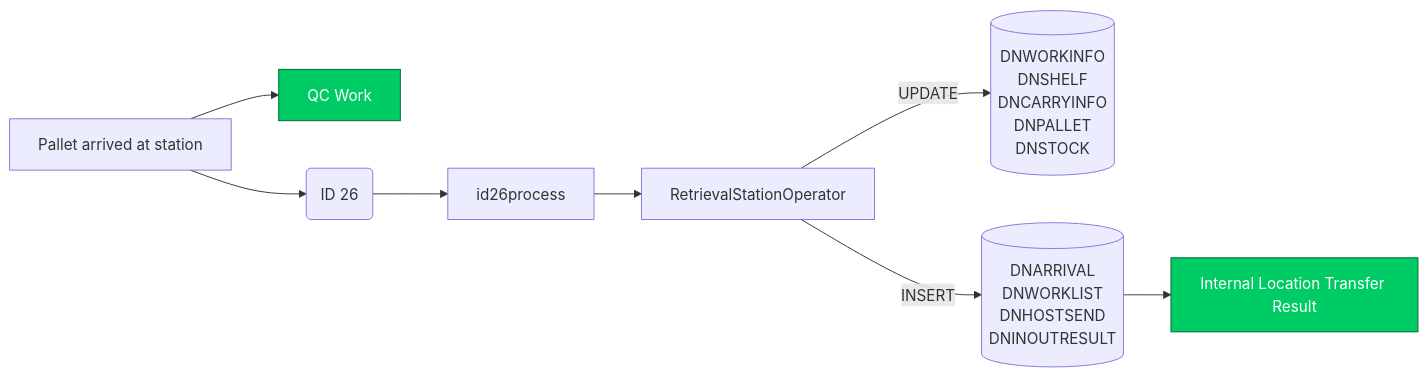
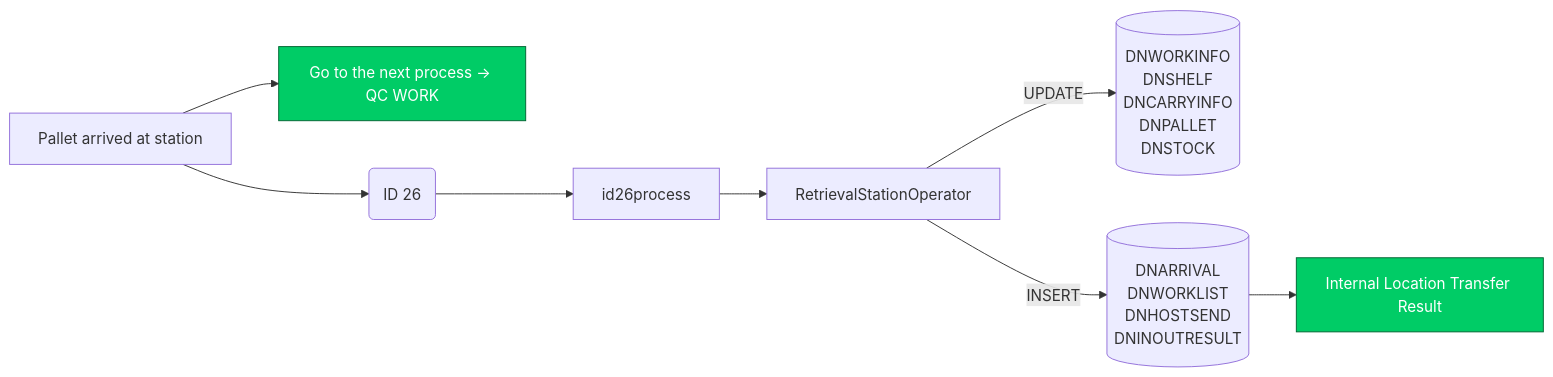
Diagram 17 of 17 in Basic-Design/DFD-WMS/Retrieval/QC-Setting/Retrieval-for-QC-Start.md (luthfiadityaa/SimeDarby-Wiki), drawn with Mermaid before and after one commit.

Commit message:
Updated Retrieval for QC Start

```diff
--- a/Basic-Design/DFD-WMS/Retrieval/QC-Setting/Retrieval-for-QC-Start.md
+++ b/Basic-Design/DFD-WMS/Retrieval/QC-Setting/Retrieval-for-QC-Start.md
@@ -678,51 +678,51 @@
 ::: mermaid
 flowchart LR
 
 buttonclicked["
 Pallet arrived at station
 "]
 
 buttonclicked2["
 Internal Location Transfer Result 
 "]
 
 buttonclicked3["
-QC Work 
+Go to the next process -> QC WORK 
 "]
 
 id26msg("
 ID 26
 ")
 
 id26-update[("
 DNWORKINFO
 DNSHELF
 DNCARRYINFO
 DNPALLET
 DNSTOCK
 ")]
 
 id26-insert[("
 DNARRIVAL
 DNWORKLIST
 DNHOSTSEND
 DNINOUTRESULT
 ")]
 
 id26process[id26process]
 retrievaloperator[RetrievalStationOperator]
 
 buttonclicked-->buttonclicked3
 buttonclicked --> id26msg
 id26msg -->id26process
 id26process-->retrievaloperator
 
 retrievaloperator--> |INSERT| id26-insert
 retrievaloperator--> |UPDATE| id26-update
 id26-insert-->buttonclicked2 
 
 click buttonclicked2 "https://dev.azure.com/Daifuku-SW/ID_SimeDarbyPlantation/_wiki/wikis/ID_SimeDarbyPlantation.wiki/844/Internal-Location-Transfer-Result" "Go Internal Location Transfer Result"
 click buttonclicked3 "https://dev.azure.com/Daifuku-SW/ID_SimeDarbyPlantation/_wiki/wikis/ID_SimeDarbyPlantation.wiki/961/QC-Work-from-Retrieval-for-QC-Start" "Go to QC Work"
 style buttonclicked2 fill:#00cc66,stroke:#006633,color:#ffffff
 style buttonclicked3 fill:#00cc66,stroke:#006633,color:#ffffff
 :::
```
